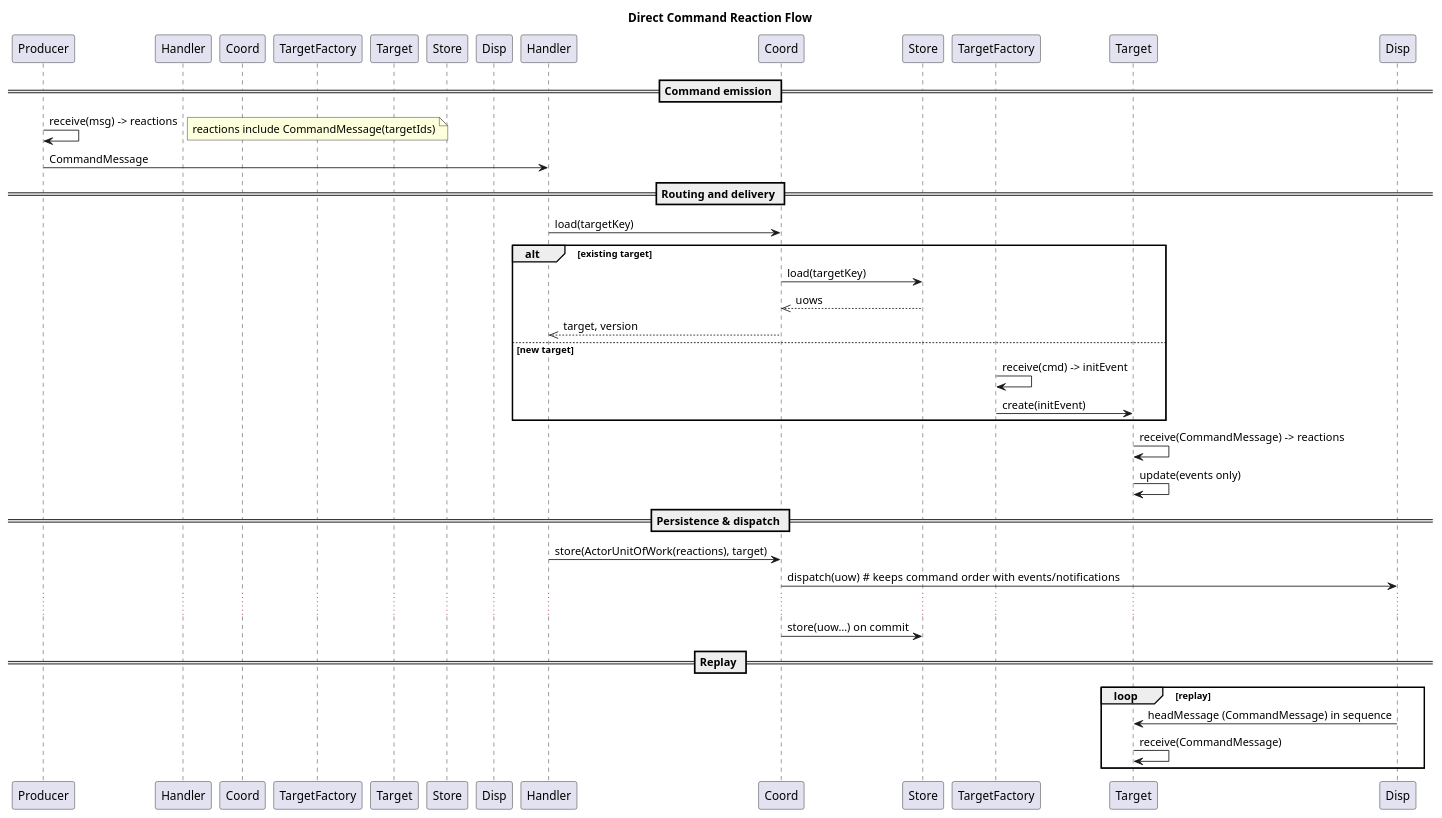
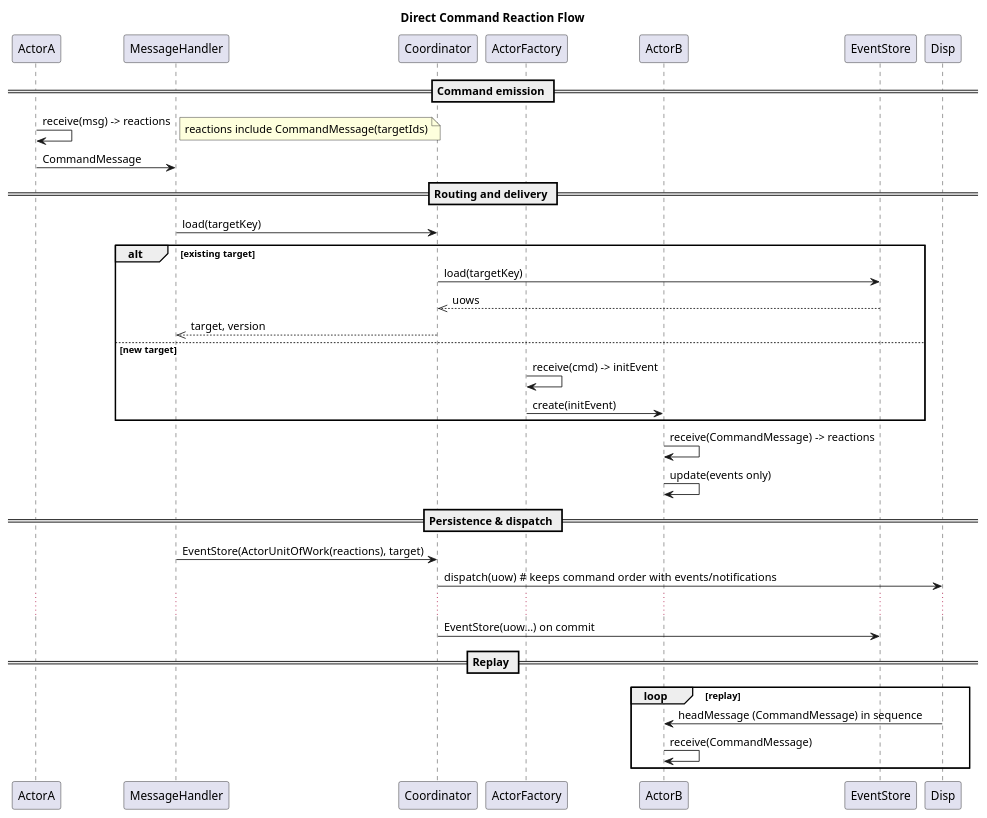
The diagram in docs/content/02-implementation/command-processing.puml (blondacz/tess), drawn with PlantUML before and after one commit. The commit also changed 3 other files, not shown here.

Commit message:
corrected diagrams

```diff
--- a/docs/content/02-implementation/command-processing.puml
+++ b/docs/content/02-implementation/command-processing.puml
@@ -1,41 +1,41 @@
 @startuml
 title Direct Command Reaction Flow
 
-participant Producer as ActorA
-participant Handler as MessageHandler
-participant Coord as Coordinator
-participant TargetFactory as ActorFactory
-participant Target as ActorB
-participant Store as EventStore
-participant Disp as Dispatcher
+participant ActorA
+participant MessageHandler
+participant Coordinator
+participant ActorFactory as ActorFactory
+participant ActorB 
+participant EventStore
+participant Disp
 
 == Command emission ==
 ActorA -> ActorA: receive(msg) -> reactions
 note right: reactions include CommandMessage(targetIds)
-ActorA -> Handler: CommandMessage
+ActorA -> MessageHandler: CommandMessage
 
 == Routing and delivery ==
-Handler -> Coord: load(targetKey)
+MessageHandler -> Coordinator: load(targetKey)
 alt existing target
-  Coord -> Store: load(targetKey)
-  Store -->> Coord: uows
-  Coord -->> Handler: target, version
+  Coordinator -> EventStore: load(targetKey)
+  EventStore -->> Coordinator: uows
+  Coordinator -->> MessageHandler: target, version
 else new target
-  TargetFactory -> TargetFactory: receive(cmd) -> initEvent
-  TargetFactory -> Target: create(initEvent)
+  ActorFactory -> ActorFactory: receive(cmd) -> initEvent
+  ActorFactory -> ActorB: create(initEvent)
 end
-Target -> Target: receive(CommandMessage) -> reactions
-Target -> Target: update(events only)
+ActorB -> ActorB: receive(CommandMessage) -> reactions
+ActorB -> ActorB: update(events only)
 
 == Persistence & dispatch ==
-Handler -> Coord: store(ActorUnitOfWork(reactions), target)
-Coord -> Disp: dispatch(uow)  # keeps command order with events/notifications
+MessageHandler -> Coordinator: EventStore(ActorUnitOfWork(reactions), target)
+Coordinator -> Disp: dispatch(uow)  # keeps command order with events/notifications
 ...
-Coord -> Store: store(uow…) on commit
+Coordinator -> EventStore: EventStore(uow…) on commit
 
 == Replay ==
 loop replay
-  Disp -> Target: headMessage (CommandMessage) in sequence
-  Target -> Target: receive(CommandMessage)
+  Disp -> ActorB: headMessage (CommandMessage) in sequence
+  ActorB -> ActorB: receive(CommandMessage)
 end
 @enduml
```
